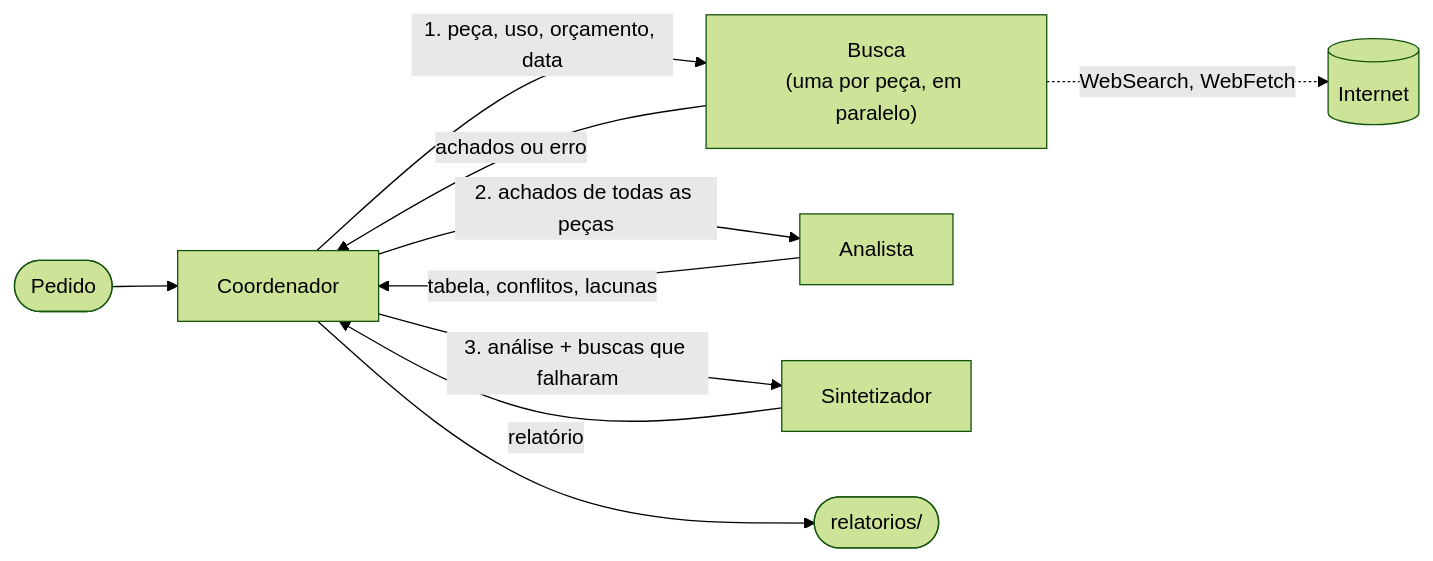
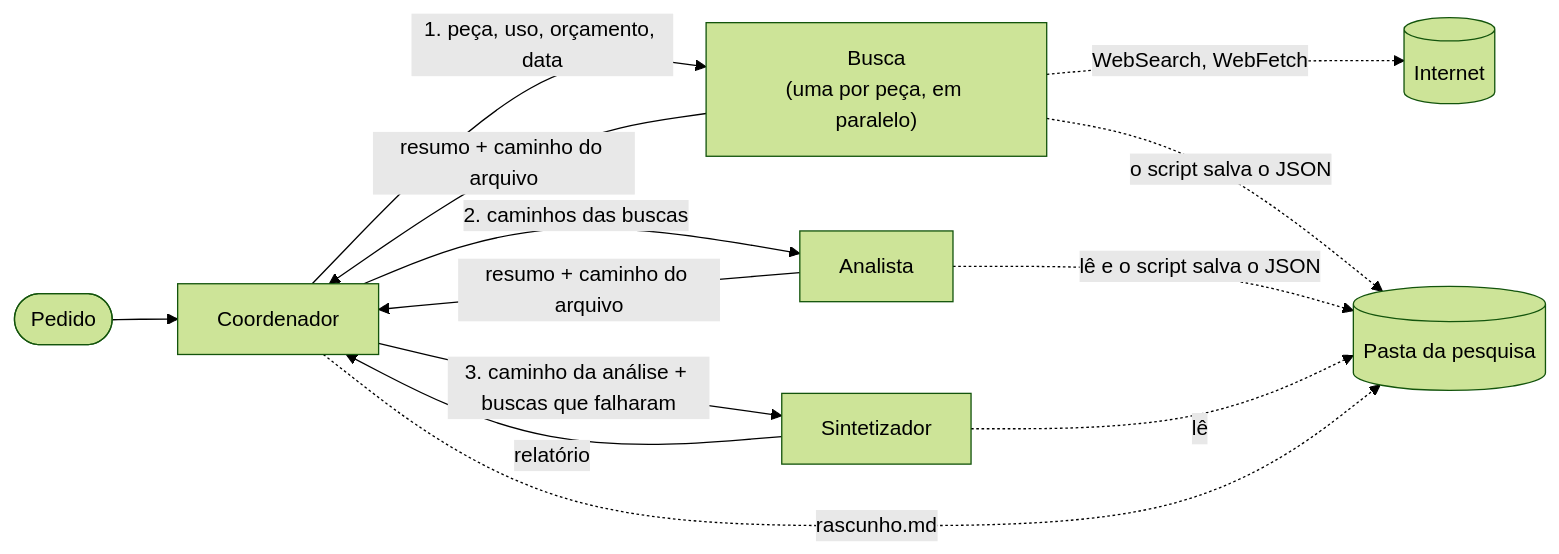
One commit to petrecaLeo/hardware-research-agents changed the diagram in docs/arquitetura.md. Above: the diagram before and after it, drawn with Mermaid (forest theme). The commit also changed other lines of this file and 10 other files, not shown here.

````diff
--- a/docs/arquitetura.md
+++ b/docs/arquitetura.md
@@ -5,12 +5,15 @@
 ```mermaid
 flowchart LR
     U([Pedido]) --> C[Coordenador]
     C -- "1. peça, uso, orçamento, data" --> B["Busca<br/>(uma por peça, em paralelo)"]
-    B -- "achados ou erro" --> C
-    C -- "2. achados de todas as peças" --> A[Analista]
-    A -- "tabela, conflitos, lacunas" --> C
-    C -- "3. análise + buscas que falharam" --> S[Sintetizador]
+    B -- "resumo + caminho do arquivo" --> C
+    C -- "2. caminhos das buscas" --> A[Analista]
+    A -- "resumo + caminho do arquivo" --> C
+    C -- "3. caminho da análise + buscas que falharam" --> S[Sintetizador]
     S -- "relatório" --> C
-    C --> R([relatorios/])
     B -. "WebSearch, WebFetch" .-> W[(Internet)]
+    B -. "o script salva o JSON" .-> F[("Pasta da pesquisa")]
+    A -. "lê e o script salva o JSON" .-> F
+    S -. "lê" .-> F
+    C -. "rascunho.md" .-> F
 ```
````
